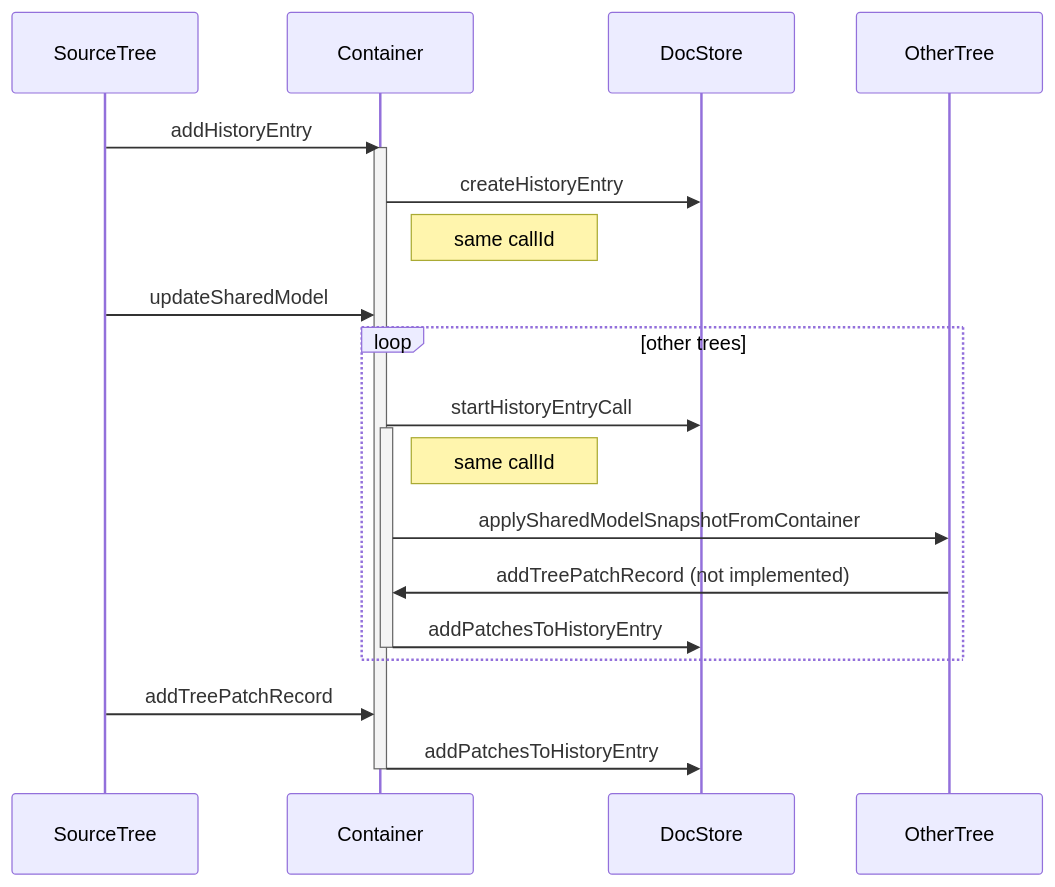
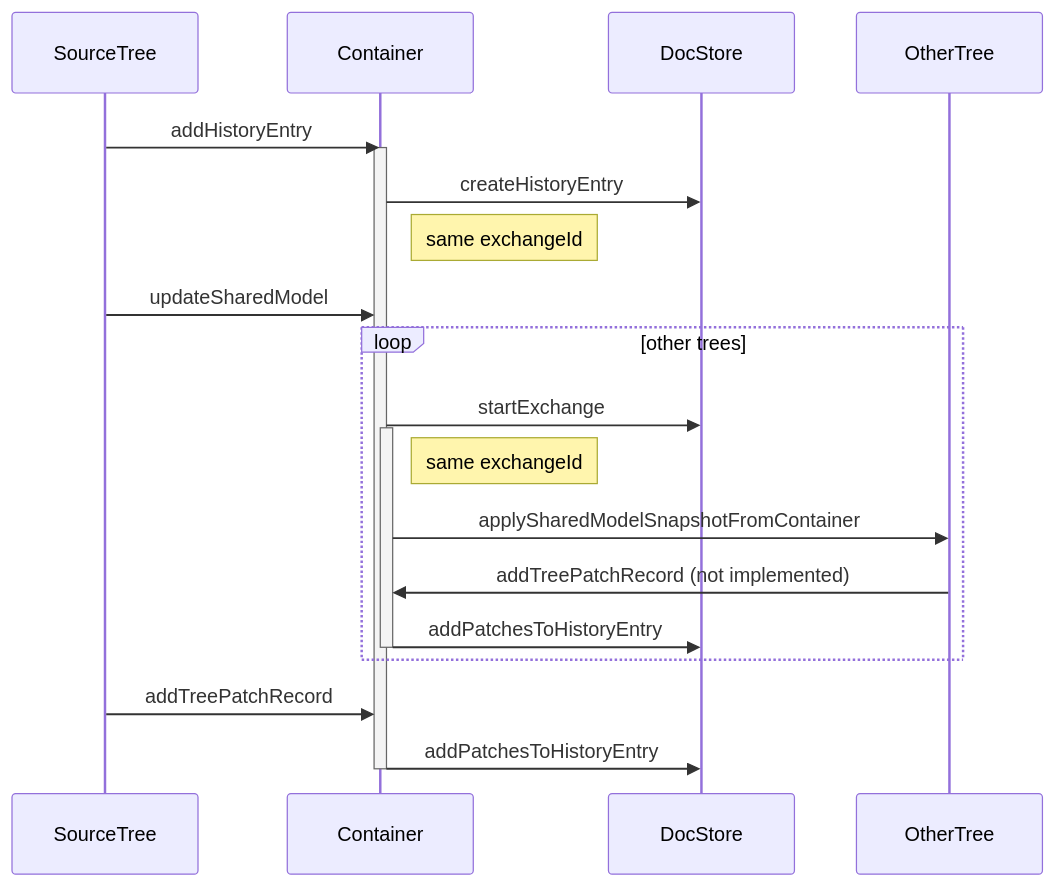
Before and after one commit to concord-consortium/collaborative-learning: the sixth of 6 diagrams in docs/history-framework.md, drawn with Mermaid. The commit also changed other lines of this file and 8 other files, not shown here.

First line of the commit message:
rename callId to exchangeId

````diff
--- a/docs/history-framework.md
+++ b/docs/history-framework.md
@@ -184,22 +184,22 @@
 ```mermaid
 sequenceDiagram
   participant SourceTree
   participant Container
   SourceTree->>Container: addHistoryEntry  
   activate Container
   Container->>DocStore: createHistoryEntry
-  Note right of Container: same callId 
+  Note right of Container: same exchangeId 
   SourceTree->>Container: updateSharedModel
   loop other trees
-    Container->>DocStore: startHistoryEntryCall
+    Container->>DocStore: startExchange
     activate Container
-    Note right of Container: same callId
+    Note right of Container: same exchangeId
     Container->>OtherTree: applySharedModelSnapshotFromContainer
     OtherTree->>Container: addTreePatchRecord (not implemented)
     Container->>DocStore: addPatchesToHistoryEntry
     deactivate Container
   end
   SourceTree->>Container: addTreePatchRecord
   Container->>DocStore: addPatchesToHistoryEntry
   deactivate Container
 ```
````
